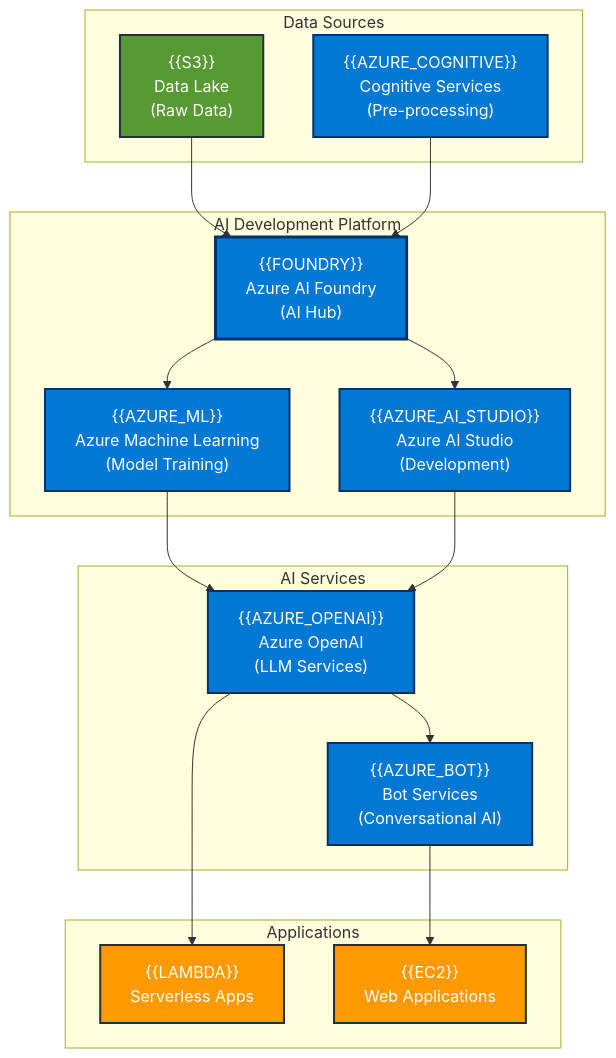
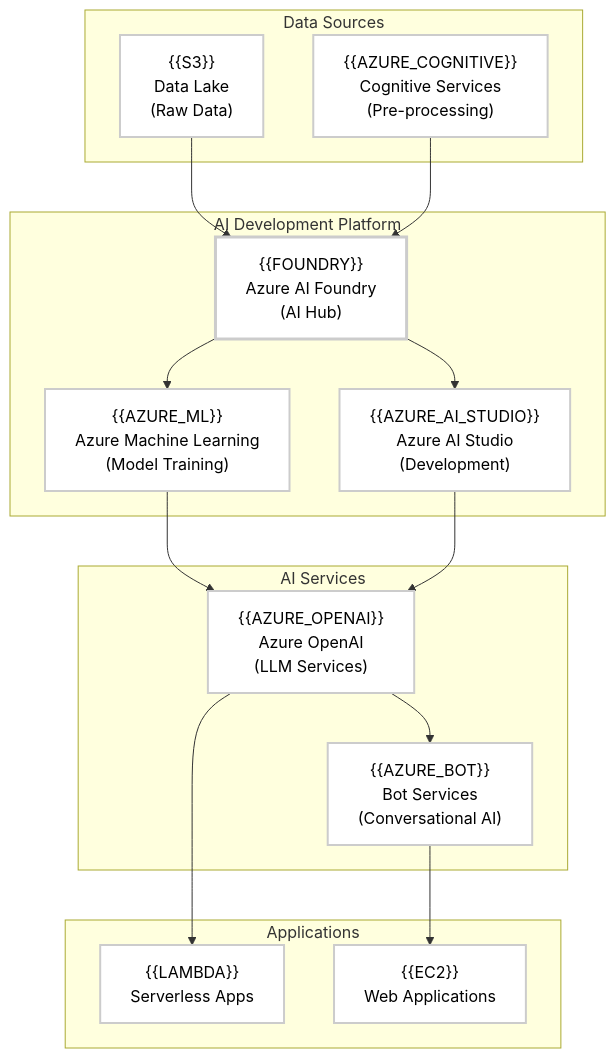
The diagram in mmd_files/azure_ai_example.mmd (mehdi-gital/parii_plots), drawn with Mermaid before and after one commit. The commit also changed 2586 other files, not shown here.

```diff
--- a/mmd_files/azure_ai_example.mmd
+++ b/mmd_files/azure_ai_example.mmd
@@ -1,41 +1,41 @@
 flowchart TB
     subgraph "Data Sources"
         A["{{S3}}<br/>Data Lake<br/>(Raw Data)"]
         B["{{AZURE_COGNITIVE}}<br/>Cognitive Services<br/>(Pre-processing)"]
     end
     
     subgraph "AI Development Platform"
         C["{{FOUNDRY}}<br/>Azure AI Foundry<br/>(AI Hub)"]
         D["{{AZURE_ML}}<br/>Azure Machine Learning<br/>(Model Training)"]
         E["{{AZURE_AI_STUDIO}}<br/>Azure AI Studio<br/>(Development)"]
     end
     
     subgraph "AI Services"
         F["{{AZURE_OPENAI}}<br/>Azure OpenAI<br/>(LLM Services)"]
         G["{{AZURE_BOT}}<br/>Bot Services<br/>(Conversational AI)"]
     end
     
     subgraph "Applications"
         H["{{LAMBDA}}<br/>Serverless Apps"]
         I["{{EC2}}<br/>Web Applications"]
     end
     
     A --> C
     B --> C
     C --> D
     C --> E
     D --> F
     E --> F
     F --> G
     F --> H
     G --> I
     
-    style A fill:#569A31,stroke:#232F3E,stroke-width:2px,color:#fff
-    style B fill:#0078D4,stroke:#003366,stroke-width:2px,color:#fff
-    style C fill:#0078D4,stroke:#003366,stroke-width:3px,color:#fff
-    style D fill:#0078D4,stroke:#003366,stroke-width:2px,color:#fff
-    style E fill:#0078D4,stroke:#003366,stroke-width:2px,color:#fff
-    style F fill:#0078D4,stroke:#003366,stroke-width:2px,color:#fff
-    style G fill:#0078D4,stroke:#003366,stroke-width:2px,color:#fff
-    style H fill:#FF9900,stroke:#232F3E,stroke-width:2px,color:#fff
-    style I fill:#FF9900,stroke:#232F3E,stroke-width:2px,color:#fff
+    style A fill:#ffffff,stroke:#cccccc,stroke-width:2px,color:#000
+    style B fill:#ffffff,stroke:#cccccc,stroke-width:2px,color:#000
+    style C fill:#ffffff,stroke:#cccccc,stroke-width:3px,color:#000
+    style D fill:#ffffff,stroke:#cccccc,stroke-width:2px,color:#000
+    style E fill:#ffffff,stroke:#cccccc,stroke-width:2px,color:#000
+    style F fill:#ffffff,stroke:#cccccc,stroke-width:2px,color:#000
+    style G fill:#ffffff,stroke:#cccccc,stroke-width:2px,color:#000
+    style H fill:#ffffff,stroke:#cccccc,stroke-width:2px,color:#000
+    style I fill:#ffffff,stroke:#cccccc,stroke-width:2px,color:#000
```
